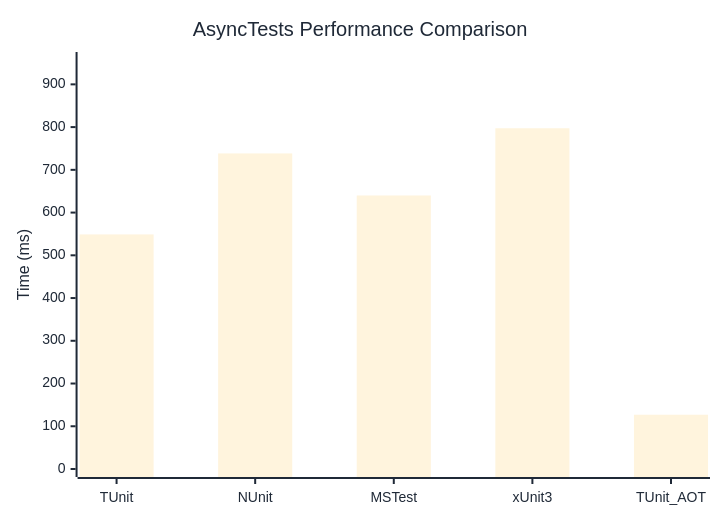
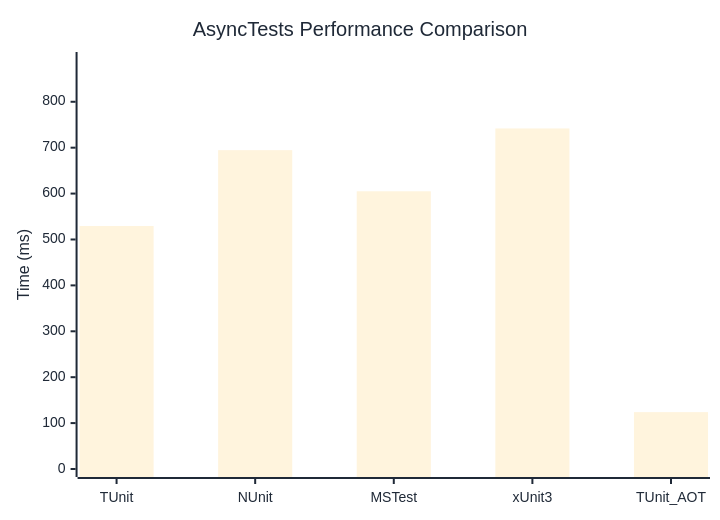
The diagram in docs/docs/benchmarks/AsyncTests.md (thomhurst/TUnit), drawn with Mermaid before and after one commit. The commit also changed other lines of this file and 17 other files, not shown here.

````diff
--- a/docs/docs/benchmarks/AsyncTests.md
+++ b/docs/docs/benchmarks/AsyncTests.md
@@ -27,37 +27,37 @@
 ```mermaid
 %%{init: {
   'theme':'base',
   'themeVariables': {
     'primaryColor': '#2563eb',
     'primaryTextColor': '#1f2937',
     'primaryBorderColor': '#1e40af',
     'lineColor': '#6b7280',
     'secondaryColor': '#7c3aed',
     'tertiaryColor': '#dc2626',
     'background': '#ffffff',
     'mainBkg': '#2563eb',
     'secondBkg': '#7c3aed',
     'tertiaryBkg': '#dc2626',
     'clusterBkg': '#f3f4f6',
     'edgeLabelBackground': '#ffffff',
     'tertiaryTextColor': '#1f2937',
     'pie1': '#2563eb',
     'pie2': '#7c3aed',
     'pie3': '#dc2626',
     'pie4': '#f59e0b',
     'pie5': '#10b981',
     'pie6': '#06b6d4',
     'pie7': '#ec4899',
     'pie8': '#6366f1',
     'pie9': '#84cc16',
     'pie10': '#f97316',
     'pie11': '#14b8a6',
     'pie12': '#a855f7'
   }
 }}%%
 xychart-beta
   title "AsyncTests Performance Comparison"
   x-axis ["TUnit", "NUnit", "MSTest", "xUnit3", "TUnit_AOT"]
-  y-axis "Time (ms)" 0 --> 957
-  bar [548.9, 738.4, 640, 797.3, 127]
+  y-axis "Time (ms)" 0 --> 891
+  bar [529.3, 694.6, 605, 741.9, 123.9]
 ```
````
